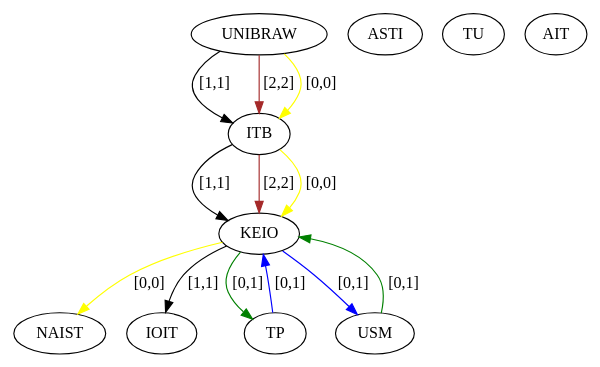
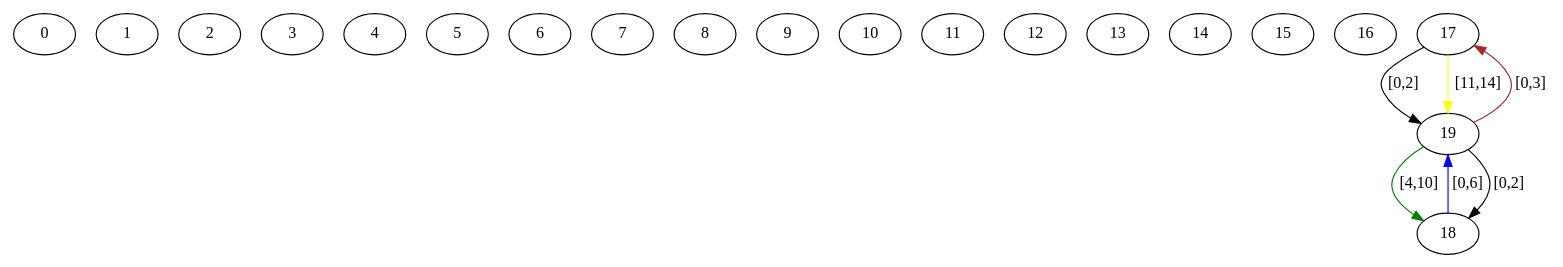
Before and after one commit to Hebbe1234/ExpectAll: the diagram in src/assignedGraphs/assignedRSA.dot, drawn with Graphviz. The commit also changed 5 other files, not shown here.

```diff
--- a/src/assignedGraphs/assignedRSA.dot
+++ b/src/assignedGraphs/assignedRSA.dot
@@ -1,24 +1,28 @@
 digraph  {
-0 [Internal=1, label=UNIBRAW];
-1 [Internal=1, label=NAIST];
-2 [Internal=1, label=KEIO];
-3 [Internal=1, label=IOIT];
-4 [Internal=1, label=ASTI];
-5 [Internal=1, label=TU];
-6 [Internal=1, label=AIT];
-7 [Internal=1, label=ITB];
-8 [Internal=1, label=TP];
-9 [Internal=1, label=USM];
-0 -> 7  [color=black, key=0, label="[1,1]"];
-0 -> 7  [color=brown, key=1, label="[2,2]"];
-0 -> 7  [color=yellow, key=2, label="[0,0]"];
-2 -> 3  [color=black, key=0, label="[1,1]"];
-2 -> 9  [color=blue, key=0, label="[0,1]"];
-2 -> 8  [color=green, key=0, label="[0,1]"];
-2 -> 1  [color=yellow, key=0, label="[0,0]"];
-7 -> 2  [color=black, key=0, label="[1,1]"];
-7 -> 2  [color=brown, key=1, label="[2,2]"];
-7 -> 2  [color=yellow, key=2, label="[0,0]"];
-8 -> 2  [color=blue, key=0, label="[0,1]"];
-9 -> 2  [color=green, key=0, label="[0,1]"];
+0 [Internal=1, label=0];
+1 [Internal=1, label=1];
+2 [Internal=1, label=2];
+3 [Internal=1, label=3];
+4 [Internal=1, label=4];
+5 [Internal=1, label=5];
+6 [Internal=1, label=6];
+7 [Internal=1, label=7];
+8 [Internal=1, label=8];
+9 [Internal=1, label=9];
+10 [Internal=1, label=10];
+11 [Internal=1, label=11];
+12 [Internal=1, label=12];
+13 [Internal=1, label=13];
+14 [Internal=1, label=14];
+15 [Internal=1, label=15];
+16 [Internal=1, label=16];
+17 [Internal=1, label=17];
+18 [Internal=1, label=18];
+19 [Internal=1, label=19];
+17 -> 19  [color=black, key=0, label="[0,2]"];
+17 -> 19  [color=yellow, key=1, label="[11,14]"];
+18 -> 19  [color=blue, key=0, label="[0,6]"];
+19 -> 18  [color=black, key=0, label="[0,2]"];
+19 -> 18  [color=green, key=1, label="[4,10]"];
+19 -> 17  [color=brown, key=0, label="[0,3]"];
 }
```
